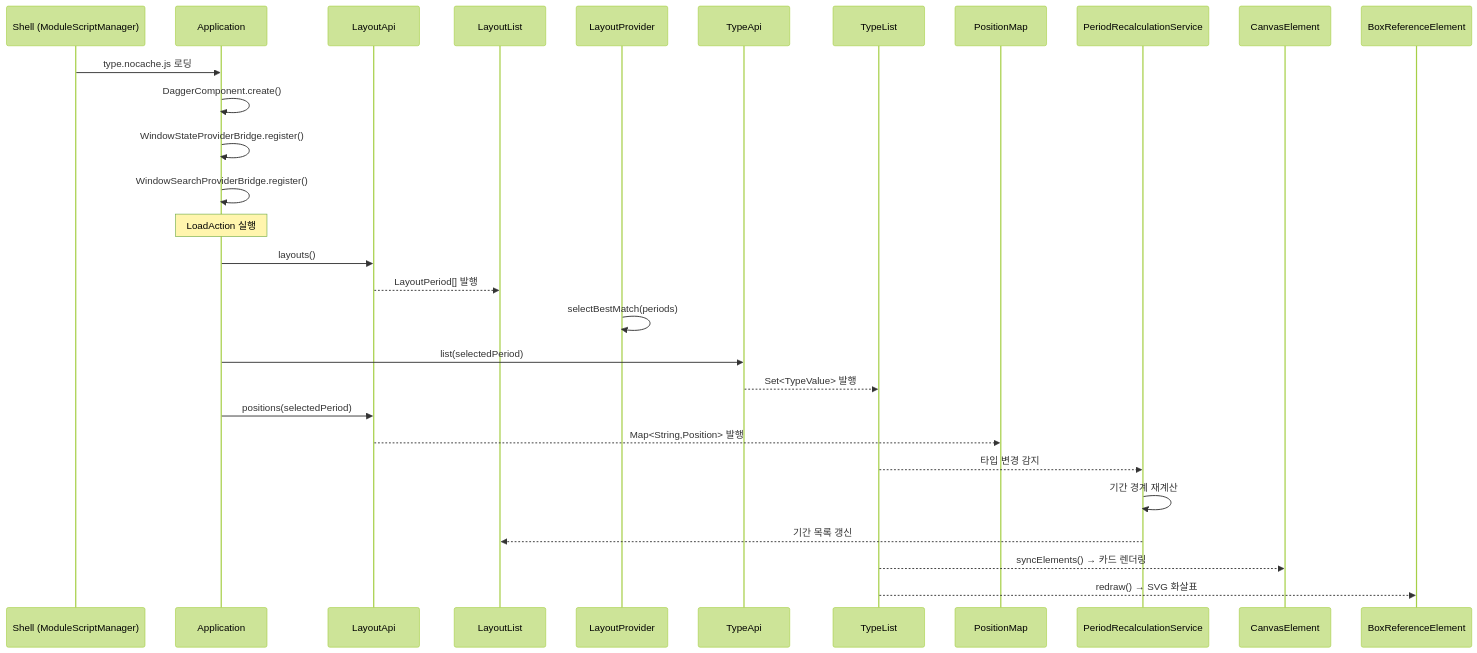
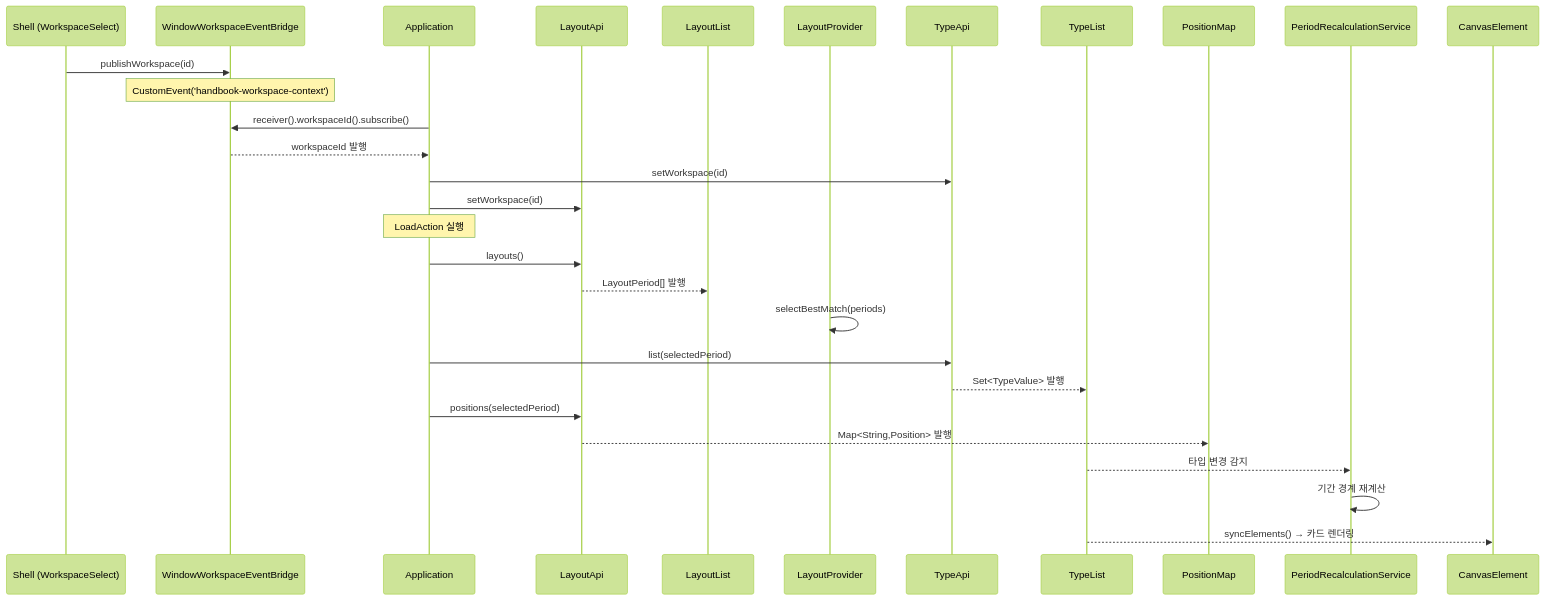
Before and after one commit to sayaya1090/handbook: the fourth of 13 diagrams in type-ui/USECASE.md, drawn with Mermaid (forest theme). The commit also changed other lines of this file and 39 other files, not shown here.

````diff
--- a/type-ui/USECASE.md
+++ b/type-ui/USECASE.md
@@ -90,32 +90,36 @@
 ```mermaid
 sequenceDiagram
-    participant Shell as Shell (ModuleScriptManager)
+    participant Shell as Shell (WorkspaceSelect)
+    participant Bridge as WindowWorkspaceEventBridge
     participant App as Application
     participant LA as LayoutApi
     participant LL as LayoutList
     participant LP as LayoutProvider
     participant TA as TypeApi
     participant TL as TypeList
     participant PM as PositionMap
     participant PRS as PeriodRecalculationService
     participant Canvas as CanvasElement
-    participant Ref as BoxReferenceElement
 
-    Shell->>App: type.nocache.js 로딩
-    App->>App: DaggerComponent.create()
-    App->>App: WindowStateProviderBridge.register()
-    App->>App: WindowSearchProviderBridge.register()
+    Shell->>Bridge: publishWorkspace(id)
+    Note over Bridge: CustomEvent('handbook-workspace-context')
+    
+    App->>Bridge: receiver().workspaceId().subscribe()
+    Bridge-->>App: workspaceId 발행
+    
+    App->>TA: setWorkspace(id)
+    App->>LA: setWorkspace(id)
+    
     Note over App: LoadAction 실행
     App->>LA: layouts()
     LA-->>LL: LayoutPeriod[] 발행
     LP->>LP: selectBestMatch(periods)
     App->>TA: list(selectedPeriod)
     TA-->>TL: Set<TypeValue> 발행
     App->>LA: positions(selectedPeriod)
     LA-->>PM: Map<String,Position> 발행
+    
     TL-->>PRS: 타입 변경 감지
     PRS->>PRS: 기간 경계 재계산
-    PRS-->>LL: 기간 목록 갱신
     TL-->>Canvas: syncElements() → 카드 렌더링
-    TL-->>Ref: redraw() → SVG 화살표
 ```
````
